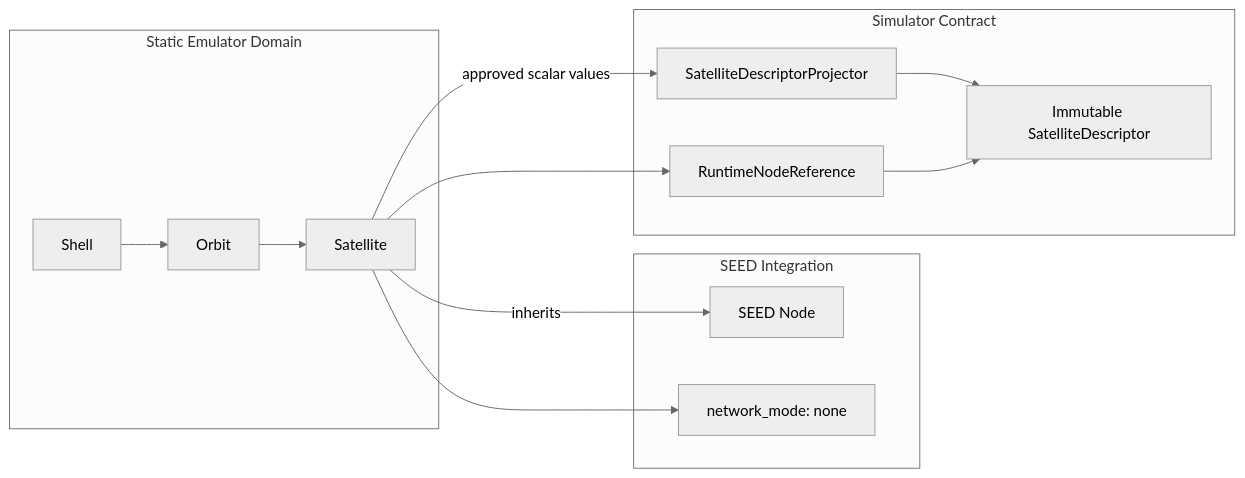
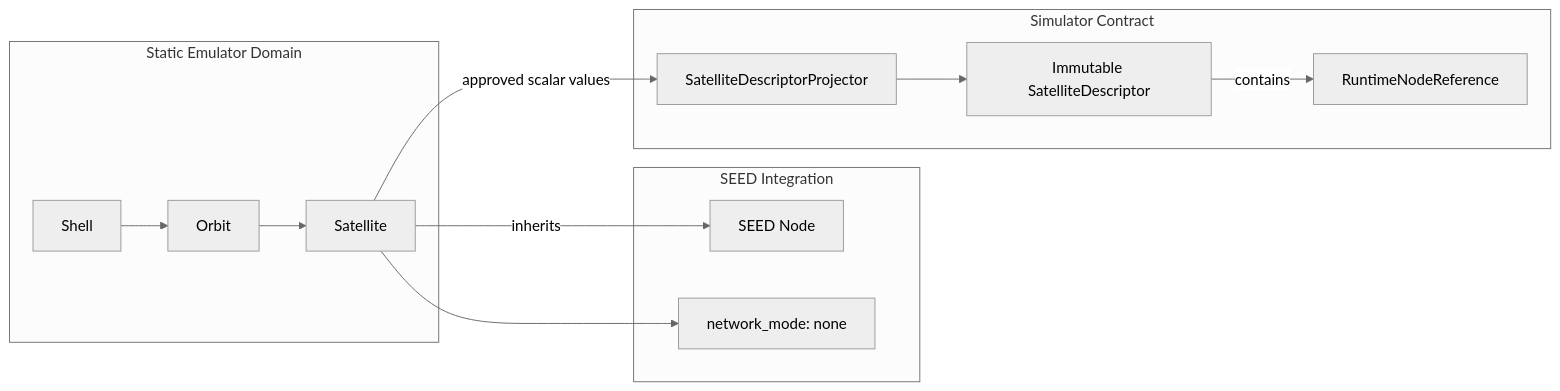
The fifth of 7 diagrams in skyseed_v2/docs/architecture/diagrams.md (seed-labs/skyseed), drawn with Mermaid (neutral theme) before and after one commit. The commit also changed other lines of this file and 11 other files, not shown here.

````diff
--- a/skyseed_v2/docs/architecture/diagrams.md
+++ b/skyseed_v2/docs/architecture/diagrams.md
@@ -117,22 +117,21 @@
 ```mermaid
 flowchart LR
     subgraph Domain[Static Emulator Domain]
         Shell --> Orbit --> Satellite
     end
 
     subgraph SeedIntegration[SEED Integration]
         Satellite -->|inherits| SeedNode[SEED Node]
         Container[network_mode: none]
         Satellite --> Container
     end
 
     subgraph Contract[Simulator Contract]
         RuntimeRef[RuntimeNodeReference]
         Projector[SatelliteDescriptorProjector]
         Descriptor[Immutable SatelliteDescriptor]
         Satellite -->|approved scalar values| Projector
         Projector --> Descriptor
-        Satellite --> RuntimeRef
-        RuntimeRef --> Descriptor
+        Descriptor -->|contains| RuntimeRef
     end
 ```
````
